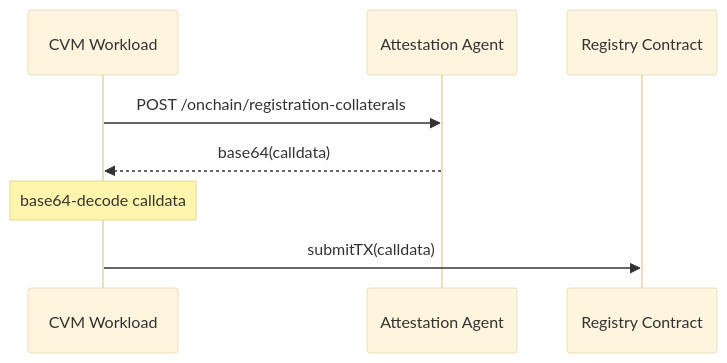
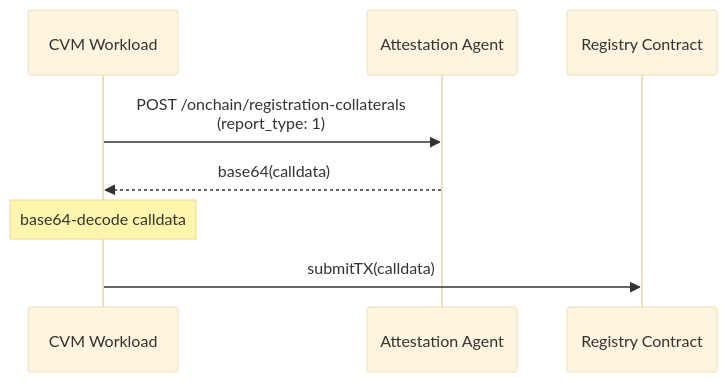
Before and after one commit to nuconstruct-ltd/automata-linux: the second of 5 diagrams in docs/onchain-workflows.md, drawn with Mermaid (base theme). The commit also changed other lines of this file and 1 other file, not shown here.

````diff
--- a/docs/onchain-workflows.md
+++ b/docs/onchain-workflows.md
@@ -23,11 +28,11 @@
 ```mermaid
 sequenceDiagram
     participant CVM as CVM Workload
     participant AA as Attestation Agent
     participant RC as Registry Contract
 
-    CVM->>AA: POST /onchain/registration-collaterals
+    CVM->>AA: POST /onchain/registration-collaterals <br/> (report_type: 1)
     AA-->>CVM: base64(calldata)
     note over CVM: base64-decode calldata
     CVM->>RC: submitTX(calldata)
 ```
````
